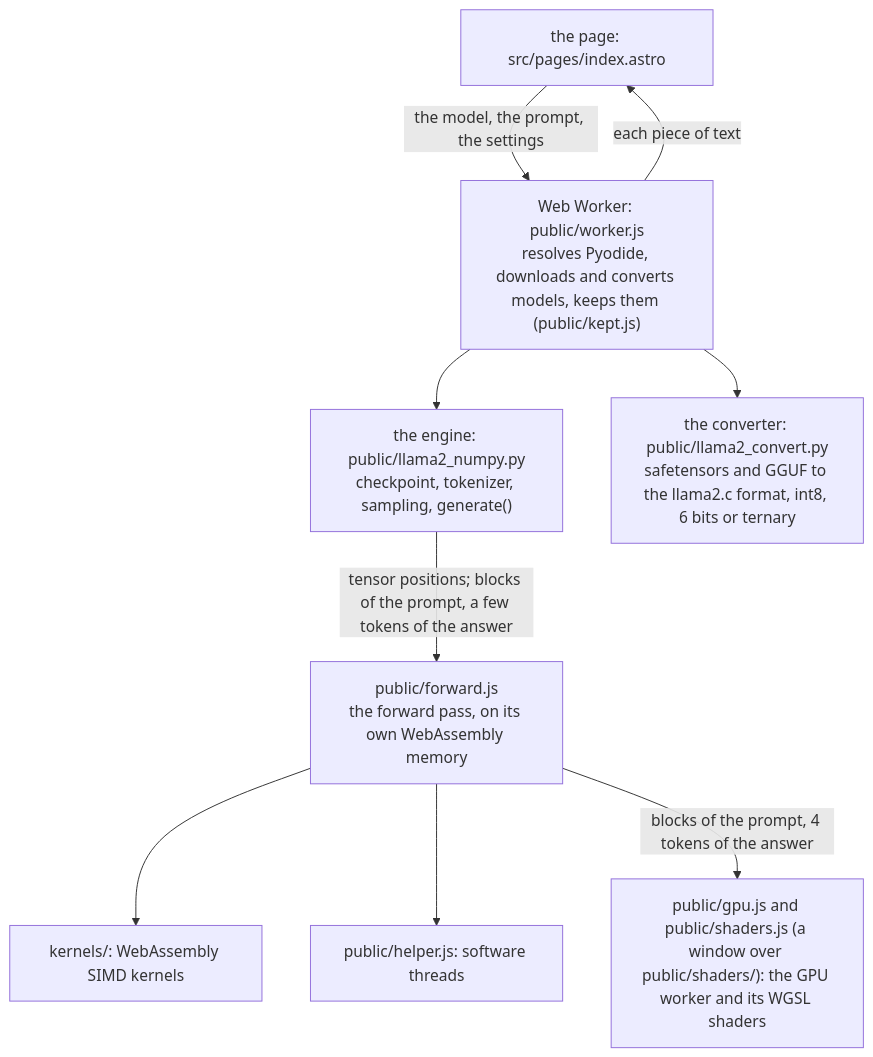
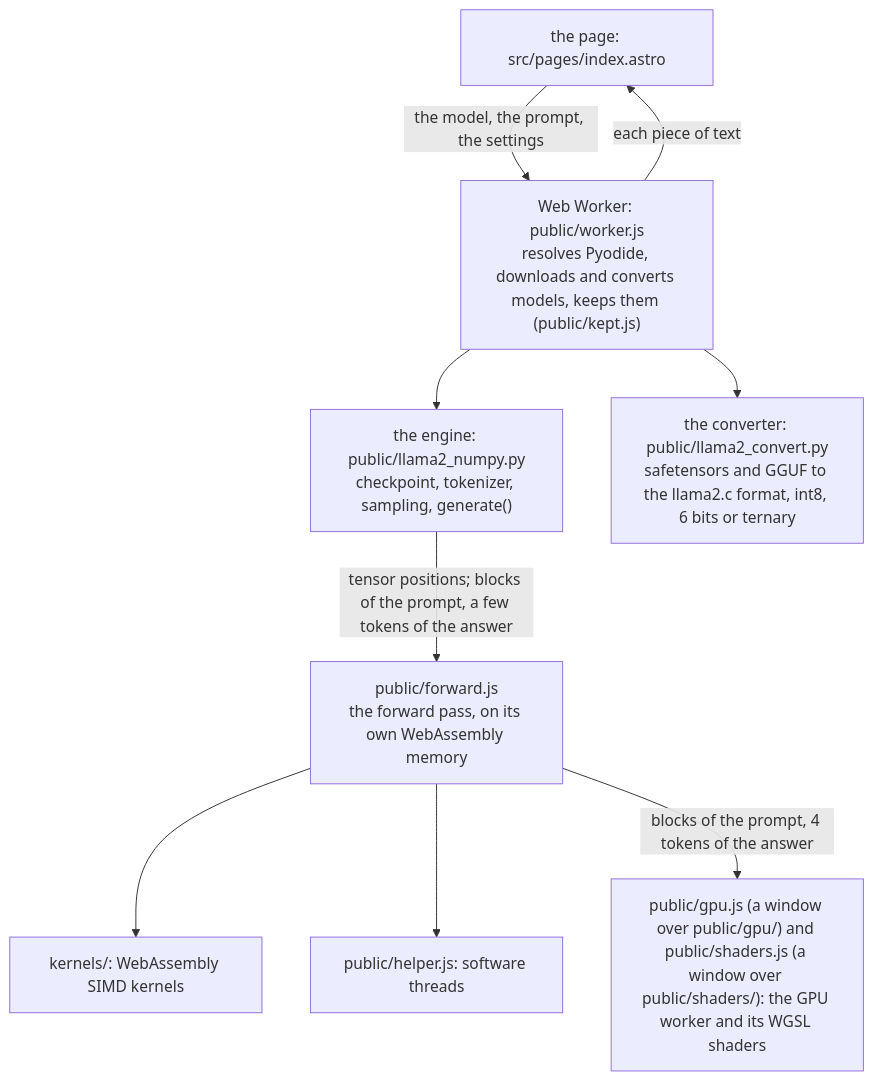
One commit to takano32/pyodide-llm changed the diagram in docs/architecture.md. Above: the diagram before and after it, drawn with Mermaid. The commit also changed other lines of this file and 2 other files, not shown here.

Commit message:
T352: Record the division of gpu.js, its proofs and what CI must cover
Claude-Session: https://claude.ai/code/session_01VDKaeXxBRkoP6hqyrAvWLc

````diff
--- a/docs/architecture.md
+++ b/docs/architecture.md
@@ -8,19 +8,19 @@
 ```mermaid
 flowchart TD
   page["the page: src/pages/index.astro"]
   worker["Web Worker: public/worker.js<br/>resolves Pyodide, downloads and converts models, keeps them (public/kept.js)"]
   engine["the engine: public/llama2_numpy.py<br/>checkpoint, tokenizer, sampling, generate()"]
   convert["the converter: public/llama2_convert.py<br/>safetensors and GGUF to the llama2.c format, int8, 6 bits or ternary"]
   forward["public/forward.js<br/>the forward pass, on its own WebAssembly memory"]
   kernels["kernels/: WebAssembly SIMD kernels"]
   helper["public/helper.js: software threads"]
-  gpu["public/gpu.js and public/shaders.js (a window over public/shaders/): the GPU worker and its WGSL shaders"]
+  gpu["public/gpu.js (a window over public/gpu/) and public/shaders.js (a window over public/shaders/): the GPU worker and its WGSL shaders"]
   page -- "the model, the prompt, the settings" --> worker
   worker -- "each piece of text" --> page
   worker --> engine
   worker --> convert
   engine -- "tensor positions; blocks of the prompt, a few tokens of the answer" --> forward
   forward --> kernels
   forward --> helper
   forward -- "blocks of the prompt, 4 tokens of the answer" --> gpu
 ```
````
